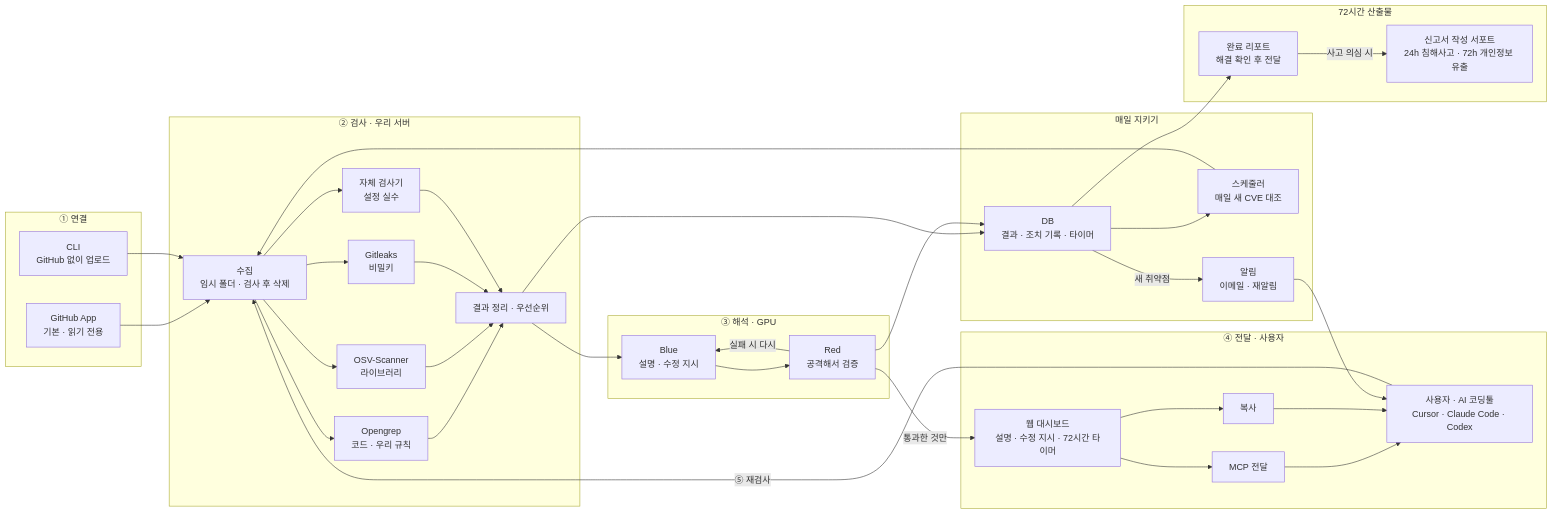
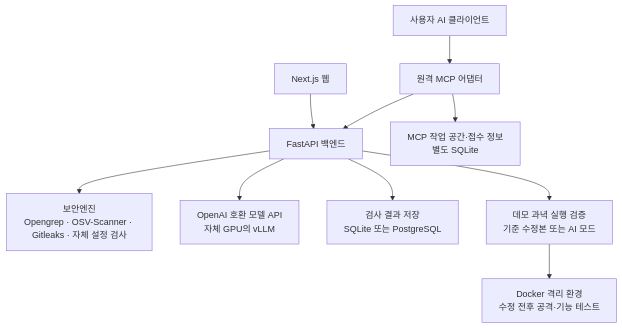
The second of 2 diagrams in docs/system-flow.md (maebsy/YMCA-hackathon-2026), drawn with Mermaid before and after one commit. The commit also changed other lines of this file and 16 other files, not shown here.

````diff
--- a/docs/system-flow.md
+++ b/docs/system-flow.md
@@ -24,56 +27,12 @@
 ```mermaid
-flowchart LR
-    subgraph S1["① 연결"]
-        GH["GitHub App<br/>기본 · 읽기 전용"]
-        CLI["CLI<br/>GitHub 없이 업로드"]
-    end
-
-    subgraph S2["② 검사 · 우리 서버"]
-        COL["수집<br/>임시 폴더 · 검사 후 삭제"]
-        OG["Opengrep<br/>코드 · 우리 규칙"]
-        OSV["OSV-Scanner<br/>라이브러리"]
-        GL["Gitleaks<br/>비밀키"]
-        OWN["자체 검사기<br/>설정 실수"]
-        NORM["결과 정리 · 우선순위"]
-        COL --> OG & OSV & GL & OWN --> NORM
-    end
-
-    subgraph S3["③ 해석 · GPU"]
-        BLUE["Blue<br/>설명 · 수정 지시"]
-        RED["Red<br/>공격해서 검증"]
-        BLUE --> RED
-        RED -- 실패 시 다시 --> BLUE
-    end
-
-    subgraph S4["④ 전달 · 사용자"]
-        DASH["웹 대시보드<br/>설명 · 수정 지시 · 72시간 타이머"]
-        MCP["MCP 전달"]
-        COPY["복사"]
-        USER["사용자 · AI 코딩툴<br/>Cursor · Claude Code · Codex"]
-        DASH --> MCP & COPY --> USER
-    end
-
-    GH & CLI --> COL
-    NORM --> BLUE
-    RED -- 통과한 것만 --> DASH
-
-    subgraph KEEP["매일 지키기"]
-        SCH["스케줄러<br/>매일 새 CVE 대조"]
-        DB["DB<br/>결과 · 조치 기록 · 타이머"]
-        ALERT["알림<br/>이메일 · 재알림"]
-    end
-
-    NORM --> DB
-    RED --> DB
-    DB --> SCH --> COL
-    DB -- 새 취약점 --> ALERT --> USER
-
-    subgraph OUT["72시간 산출물"]
-        REPORT["완료 리포트<br/>해결 확인 후 전달"]
-        FILING["신고서 작성 서포트<br/>24h 침해사고 · 72h 개인정보 유출"]
-    end
-
-    DB --> REPORT
-    REPORT -- 사고 의심 시 --> FILING
-    USER -- "⑤ 재검사" --> COL
+flowchart TB
+    WEB["Next.js 웹"] --> API["FastAPI 백엔드"]
+    AGENT["사용자 AI 클라이언트"] --> MCP["원격 MCP 어댑터"]
+    MCP --> API
+    API --> ENGINE["보안엔진<br/>Opengrep · OSV-Scanner · Gitleaks · 자체 설정 검사"]
+    API --> LLM["OpenAI 호환 모델 API<br/>자체 GPU의 vLLM"]
+    API --> DATA["검사 결과 저장<br/>SQLite 또는 PostgreSQL"]
+    MCP --> WORKSPACE["MCP 작업 공간·접수 정보<br/>별도 SQLite"]
+    API --> VERIFY["데모 과녁 실행 검증<br/>기준 수정본 또는 AI 모드"]
+    VERIFY --> SANDBOX["Docker 격리 환경<br/>수정 전후 공격·기능 테스트"]
 ```
````
